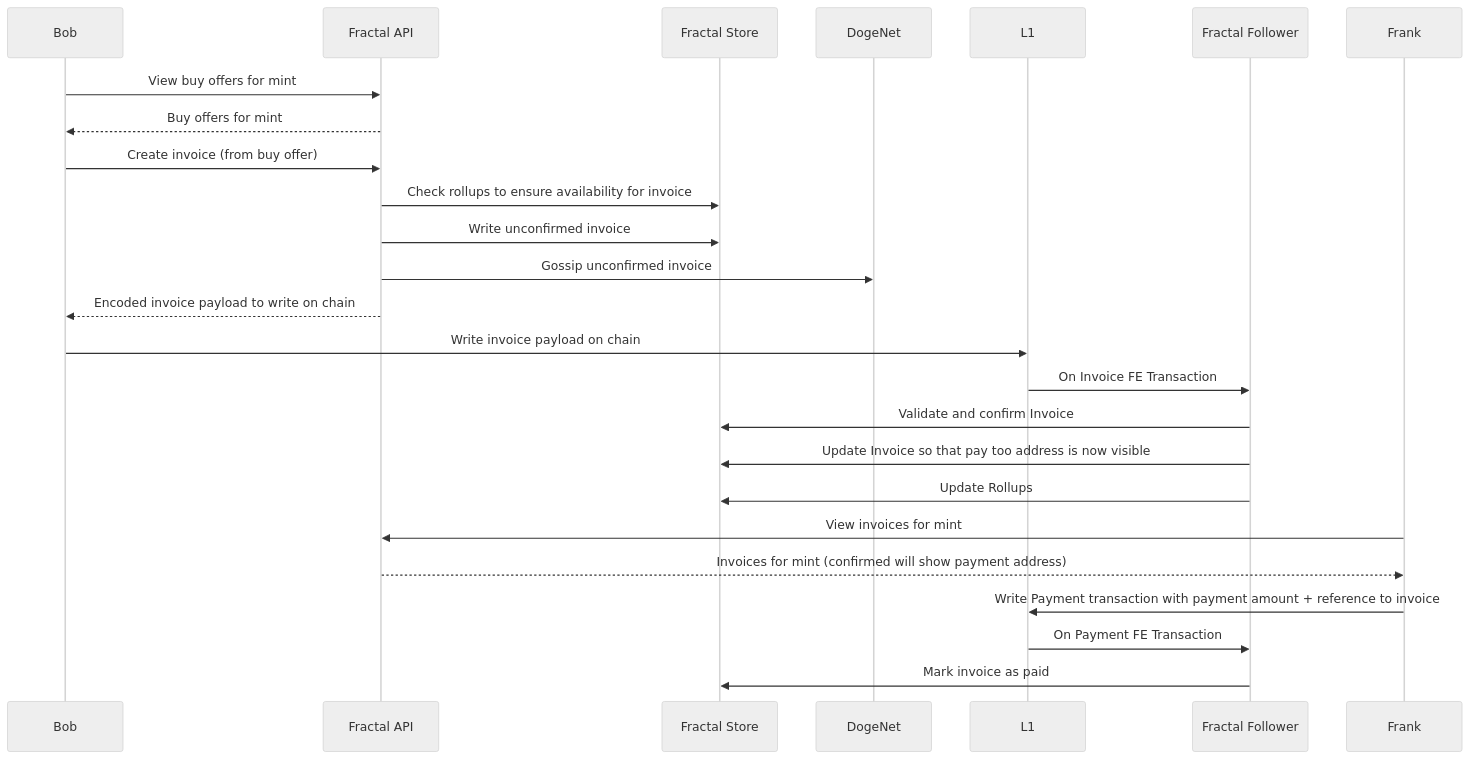
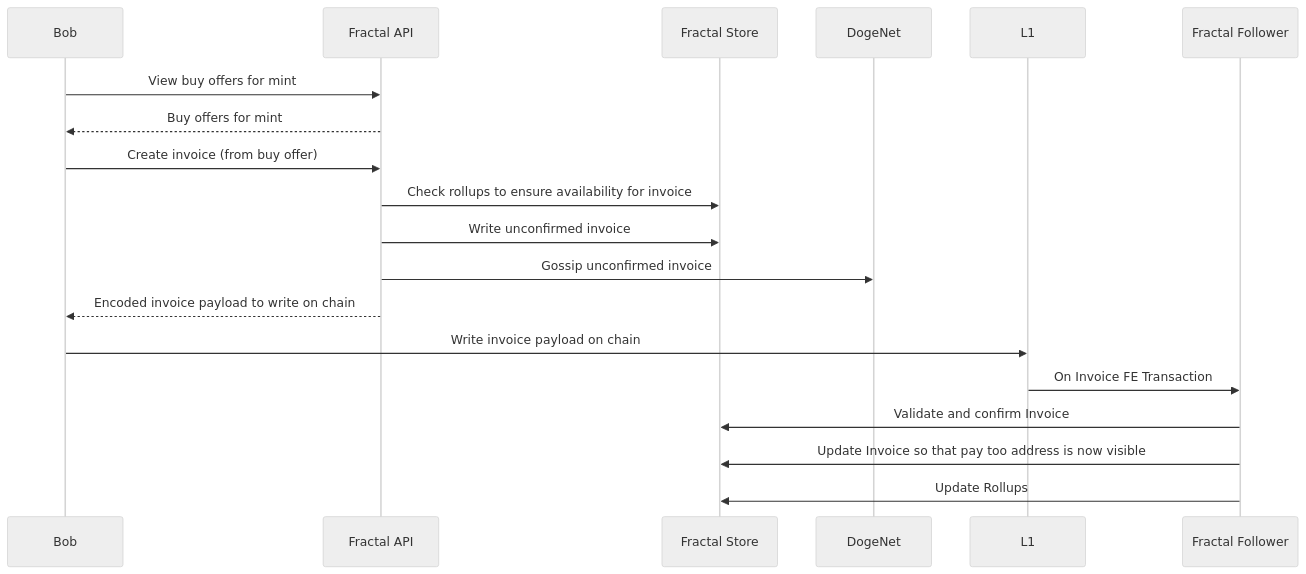
One commit to dogecoinfoundation/fractal-engine changed the third of 4 diagrams in docs/selling.md. Above: the diagram before and after it, drawn with Mermaid (neutral theme). The commit also changed other lines of this file, not shown here.

````diff
--- a/docs/selling.md
+++ b/docs/selling.md
@@ -22,20 +22,15 @@
 ```mermaid
 sequenceDiagram
     Bob->>Fractal API: View buy offers for mint
     Fractal API-->>Bob: Buy offers for mint
     Bob->>Fractal API: Create invoice (from buy offer)
     Fractal API->>Fractal Store: Check rollups to ensure availability for invoice
     Fractal API->>Fractal Store: Write unconfirmed invoice
     Fractal API->>DogeNet: Gossip unconfirmed invoice
     Fractal API-->>Bob: Encoded invoice payload to write on chain
     Bob->>L1: Write invoice payload on chain
     L1->>Fractal Follower: On Invoice FE Transaction
     Fractal Follower->>Fractal Store: Validate and confirm Invoice
     Fractal Follower->>Fractal Store: Update Invoice so that pay too address is now visible
     Fractal Follower->>Fractal Store: Update Rollups
-    Frank->>Fractal API: View invoices for mint
-    Fractal API-->>Frank: Invoices for mint (confirmed will show payment address)
-    Frank->>L1: Write Payment transaction with payment amount + reference to invoice
-    L1->>Fractal Follower: On Payment FE Transaction
-    Fractal Follower->>Fractal Store: Mark invoice as paid
 ```
````
